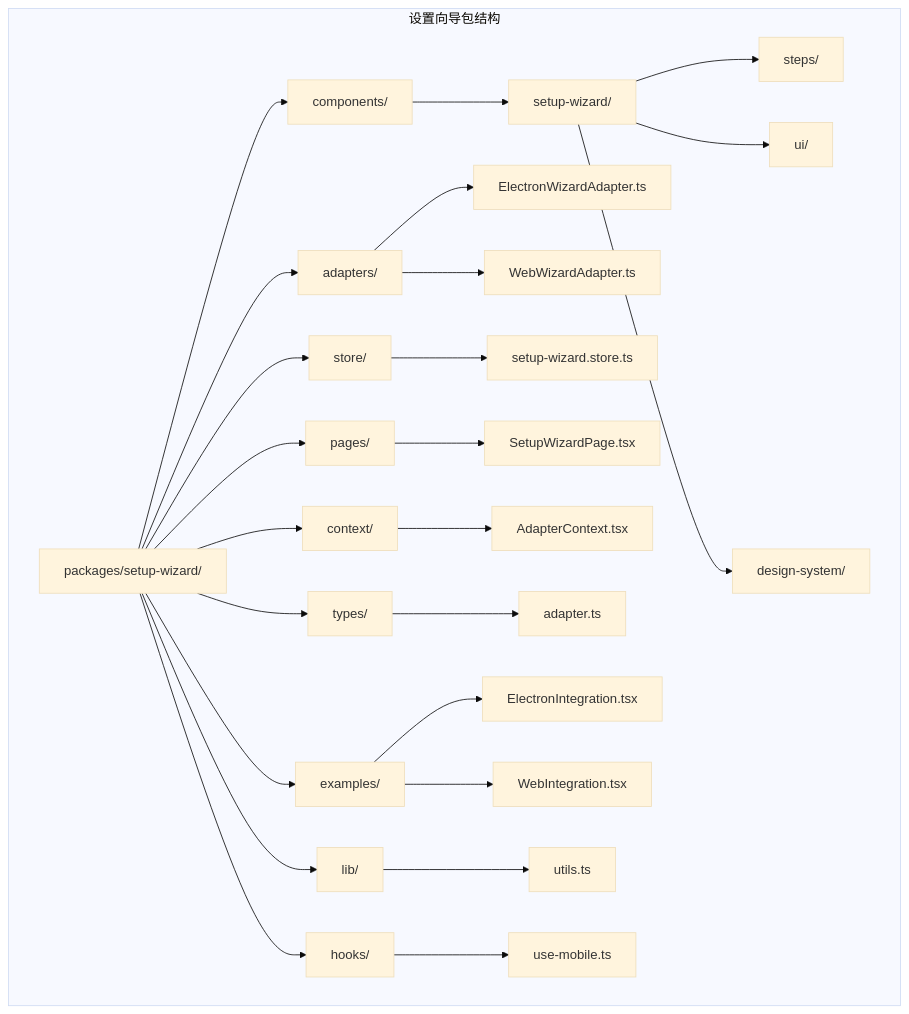
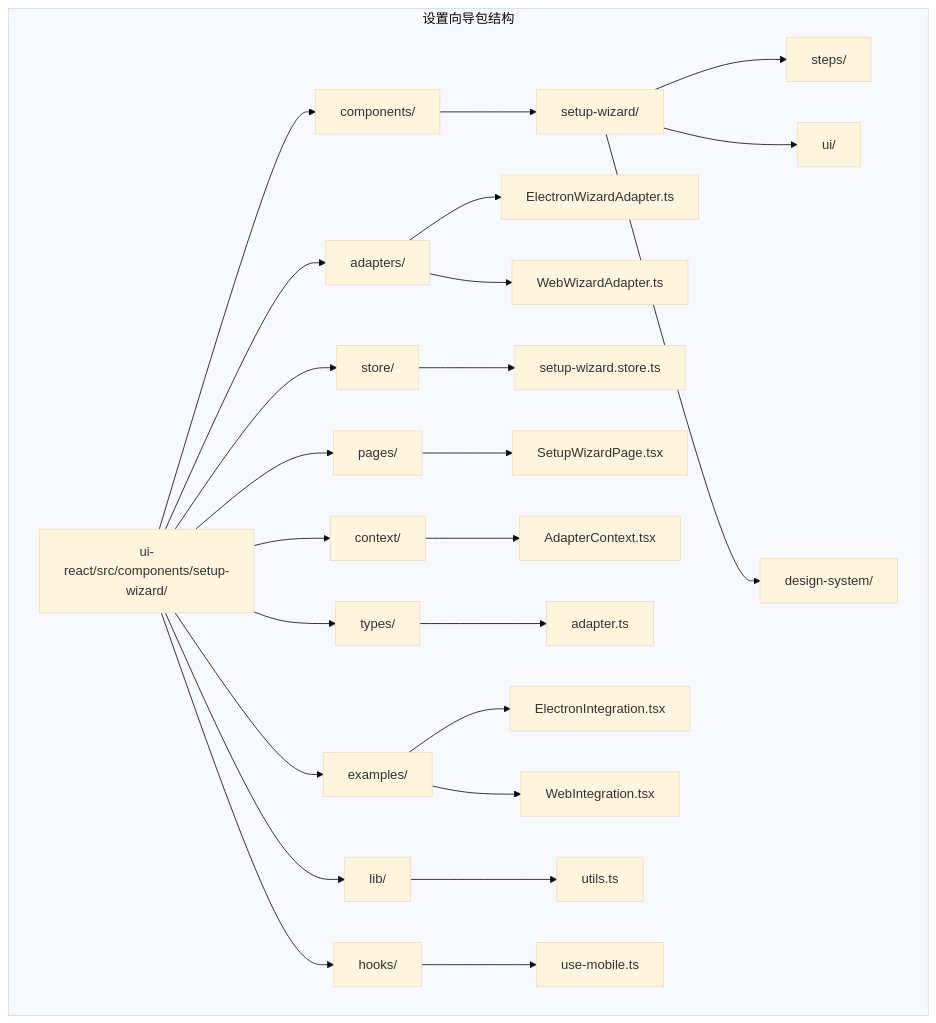
Before and after one commit to verse-ai-org/openclaw: the first of 11 diagrams in .qoder/repowiki/zh/content/设置向导设计文档.md, drawn with Mermaid (base theme). The commit also changed other lines of this file and 34 other files, not shown here.

````diff
--- a/.qoder/repowiki/zh/content/设置向导设计文档.md
+++ b/.qoder/repowiki/zh/content/设置向导设计文档.md
@@ -57,28 +49,28 @@
 ```mermaid
 graph TB
 subgraph "设置向导包结构"
-A[packages/setup-wizard/] --> B[components/]
+A[ui-react/src/components/setup-wizard/] --> B[components/]
 A --> C[adapters/]
 A --> D[store/]
 A --> E[pages/]
 A --> F[context/]
 A --> G[types/]
 A --> H[examples/]
 A --> I[lib/]
 A --> J[hooks/]
 B --> B1[setup-wizard/]
 B1 --> B2[steps/]
 B1 --> B3[ui/]
 B1 --> B4[design-system/]
 C --> C1[ElectronWizardAdapter.ts]
 C --> C2[WebWizardAdapter.ts]
 D --> D1[setup-wizard.store.ts]
 E --> E1[SetupWizardPage.tsx]
 F --> F1[AdapterContext.tsx]
 G --> G1[adapter.ts]
 H --> H1[ElectronIntegration.tsx]
 H --> H2[WebIntegration.tsx]
 I --> I1[utils.ts]
 J --> J1[use-mobile.ts]
 end
 ```
````
